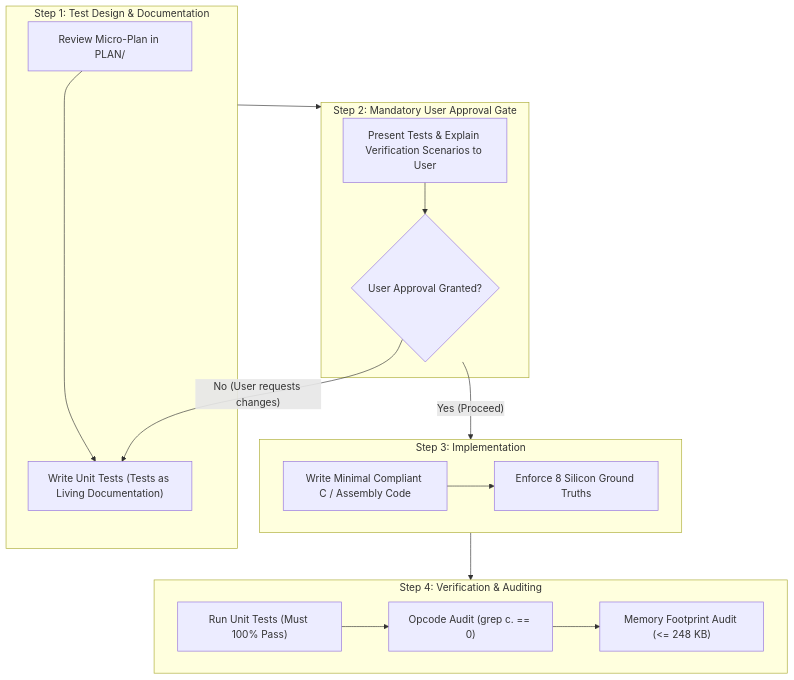
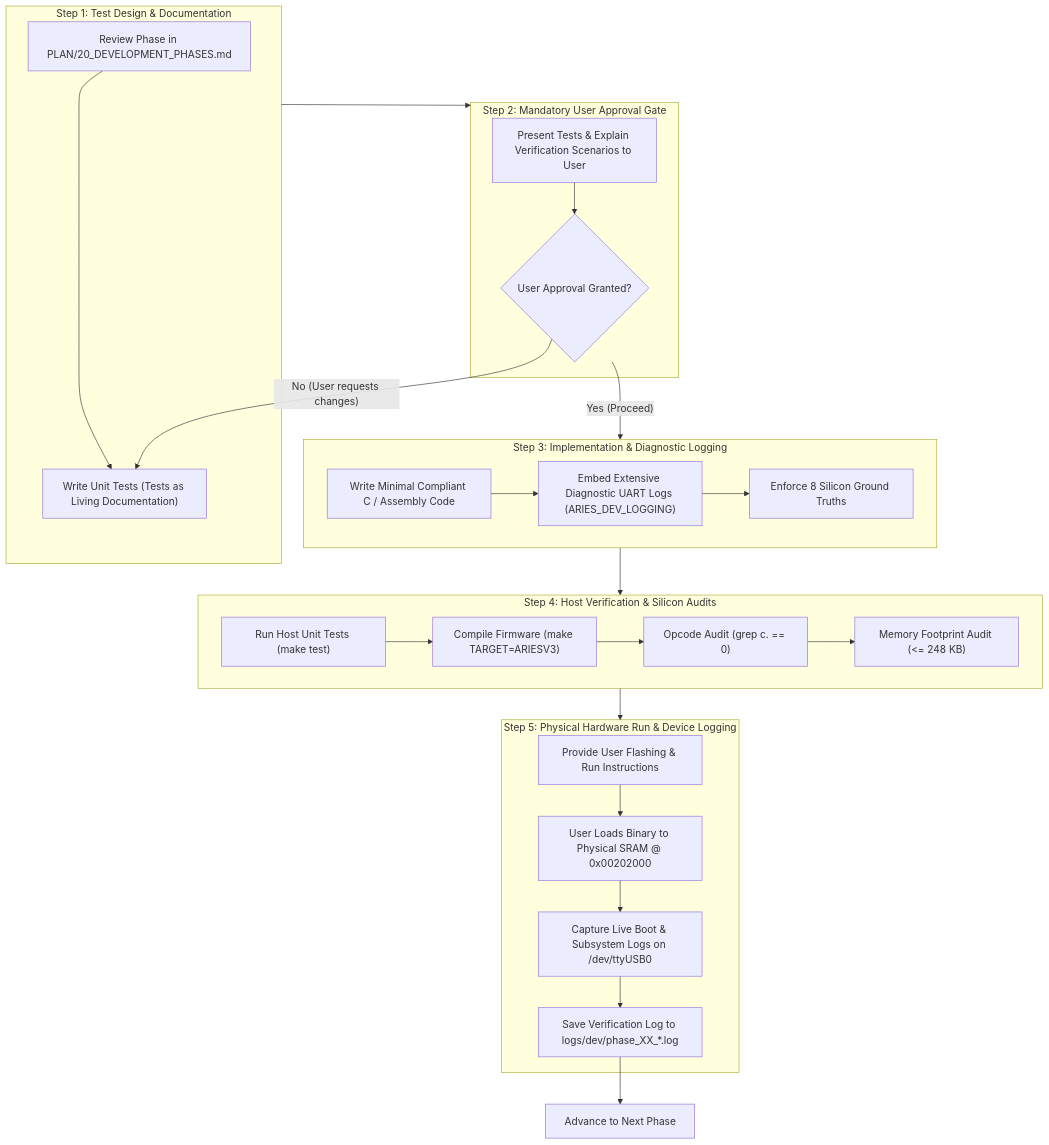
The first of 2 diagrams in DEVELOPMENT_GUIDE.md (ivanrj7j/betaflight), drawn with Mermaid before and after one commit. The commit also changed other lines of this file and 90 other files, not shown here.

````diff
--- a/DEVELOPMENT_GUIDE.md
+++ b/DEVELOPMENT_GUIDE.md
@@ -20,32 +21,44 @@
 ```mermaid
 flowchart TD
     subgraph STEP1 ["Step 1: Test Design & Documentation"]
-        T1["Review Micro-Plan in PLAN/"]
+        T1["Review Phase in PLAN/20_DEVELOPMENT_PHASES.md"]
         T2["Write Unit Tests (Tests as Living Documentation)"]
         T1 --> T2
     end
 
     subgraph STEP2 ["Step 2: Mandatory User Approval Gate"]
         G1["Present Tests & Explain Verification Scenarios to User"]
         G2{"User Approval Granted?"}
         G1 --> G2
     end
 
-    subgraph STEP3 ["Step 3: Implementation"]
+    subgraph STEP3 ["Step 3: Implementation & Diagnostic Logging"]
         C1["Write Minimal Compliant C / Assembly Code"]
-        C2["Enforce 8 Silicon Ground Truths"]
-        C1 --> C2
+        C2["Embed Extensive Diagnostic UART Logs (ARIES_DEV_LOGGING)"]
+        C3["Enforce 8 Silicon Ground Truths"]
+        C1 --> C2 --> C3
     end
 
-    subgraph STEP4 ["Step 4: Verification & Auditing"]
-        V1["Run Unit Tests (Must 100% Pass)"]
-        V2["Opcode Audit (grep c. == 0)"]
-        V3["Memory Footprint Audit (<= 248 KB)"]
-        V1 --> V2 --> V3
+    subgraph STEP4 ["Step 4: Host Verification & Silicon Audits"]
+        V1["Run Host Unit Tests (make test)"]
+        V2["Compile Firmware (make TARGET=ARIESV3)"]
+        V3["Opcode Audit (grep c. == 0)"]
+        V4["Memory Footprint Audit (<= 248 KB)"]
+        V1 --> V2 --> V3 --> V4
+    end
+
+    subgraph STEP5 ["Step 5: Physical Hardware Run & Device Logging"]
+        D1["Provide User Flashing & Run Instructions"]
+        D2["User Loads Binary to Physical SRAM @ 0x00202000"]
+        D3["Capture Live Boot & Subsystem Logs on /dev/ttyUSB0"]
+        D4["Save Verification Log to logs/dev/phase_XX_*.log"]
+        D1 --> D2 --> D3 --> D4
     end
 
     STEP1 --> STEP2
     G2 -- "No (User requests changes)" --> T2
     G2 -- "Yes (Proceed)" --> STEP3
     STEP3 --> STEP4
+    STEP4 --> STEP5
+    D4 --> NEXT["Advance to Next Phase"]
 ```
````
